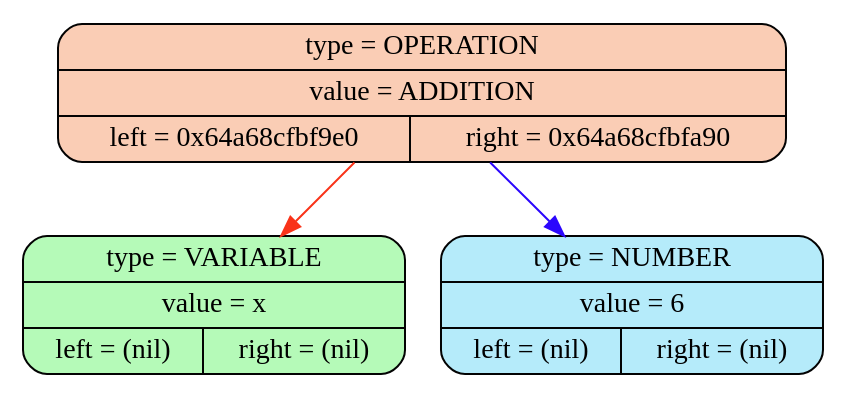
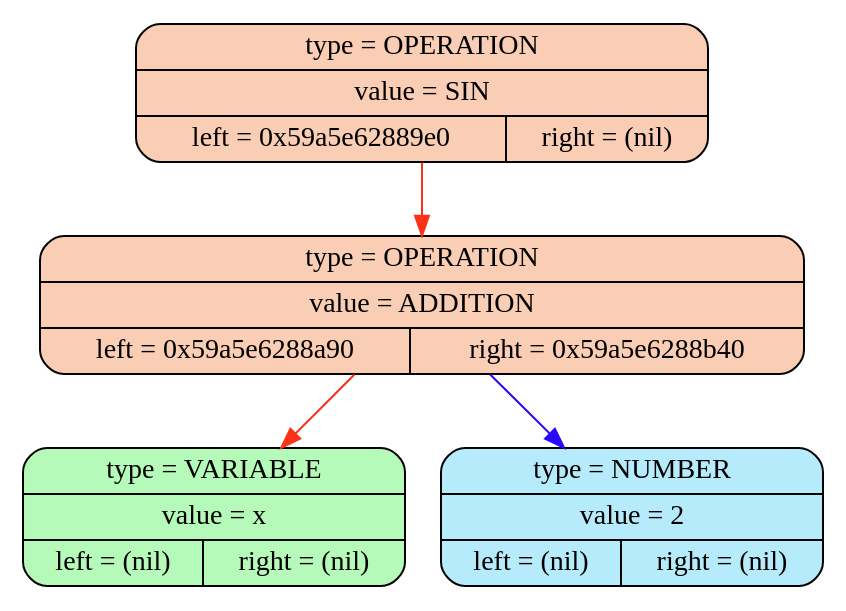
The diagram in differentiator/dot_files/expression.dot (DianaNikitina/diff), drawn with Graphviz before and after one commit. The commit also changed 17 other files, not shown here.

```diff
--- a/differentiator/dot_files/expression.dot
+++ b/differentiator/dot_files/expression.dot
@@ -1,8 +1,10 @@
 digraph structs {
 rankdir=TB;
-110666492672304 [shape=Mrecord; style = filled; fillcolor = "#facdb5ff"; color = "#030303ff"; label="{type = OPERATION | value = ADDITION | {left = 0x64a68cfbf9e0 | right = 0x64a68cfbfa90}}";]
-110666492672480 [shape=Mrecord; style = filled; fillcolor = "#b5fab8ff"; color = "#030303ff"; label="{type = VARIABLE | value = x | {left = (nil) | right = (nil)}}";]
-110666492672656 [shape=Mrecord; style = filled; fillcolor = "#b5ebfaff"; color = "#030303ff"; label="{type = NUMBER | value = 6 | {left = (nil) | right = (nil)}}";]
-110666492672304->110666492672480[color = "#f93319ff"]
-110666492672304->110666492672656[color = "#2c07fdff"]
+98569065892144 [shape=Mrecord; style = filled; fillcolor = "#facdb5ff"; color = "#030303ff"; label="{type = OPERATION | value = SIN | {left = 0x59a5e62889e0 | right = (nil)}}";]
+98569065892320 [shape=Mrecord; style = filled; fillcolor = "#facdb5ff"; color = "#030303ff"; label="{type = OPERATION | value = ADDITION | {left = 0x59a5e6288a90 | right = 0x59a5e6288b40}}";]
+98569065892496 [shape=Mrecord; style = filled; fillcolor = "#b5fab8ff"; color = "#030303ff"; label="{type = VARIABLE | value = x | {left = (nil) | right = (nil)}}";]
+98569065892672 [shape=Mrecord; style = filled; fillcolor = "#b5ebfaff"; color = "#030303ff"; label="{type = NUMBER | value = 2 | {left = (nil) | right = (nil)}}";]
+98569065892144->98569065892320[color = "#f93319ff"]
+98569065892320->98569065892496[color = "#f93319ff"]
+98569065892320->98569065892672[color = "#2c07fdff"]
 }
```
